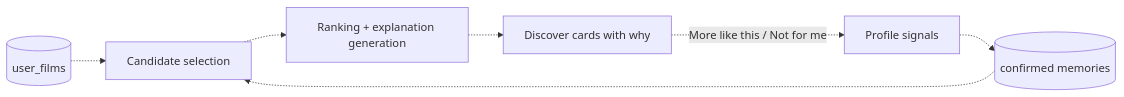
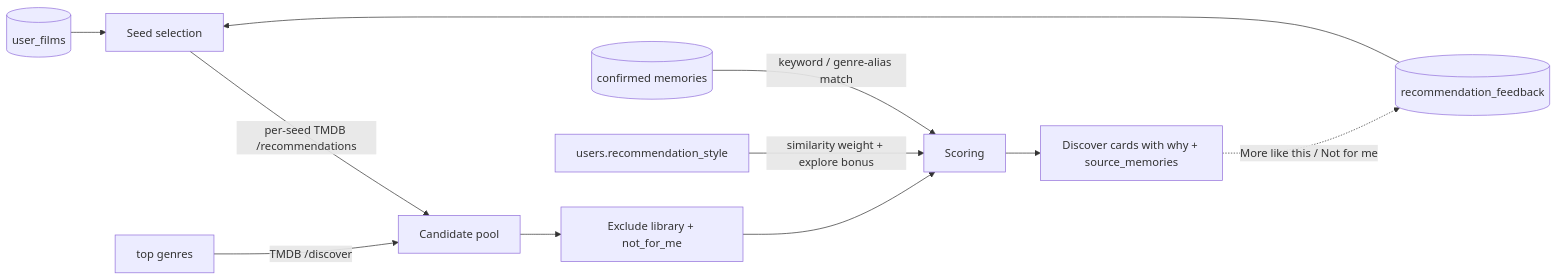
The seventh of 7 diagrams in docs/ARCHITECTURE.md (k4chow/FYP), drawn with Mermaid before and after one commit. The commit also changed other lines of this file and 25 other files, not shown here.

````diff
--- a/docs/ARCHITECTURE.md
+++ b/docs/ARCHITECTURE.md
@@ -229,9 +226,13 @@
 ```mermaid
 flowchart LR
-    F[(user_films)] -.-> S[Candidate selection]
-    M[(confirmed memories)] -.-> S
-    S -.-> R[Ranking + explanation generation]
-    R -.-> D[Discover cards with why]
-    D -.->|More like this / Not for me| P[Profile signals]
-    P -.-> M
+    F[(user_films)] --> S[Seed selection]
+    FB[(recommendation_feedback)] --> S
+    S -->|per-seed TMDB /recommendations| C[Candidate pool]
+    G[top genres] -->|TMDB /discover| C
+    C --> X[Exclude library + not_for_me]
+    M[(confirmed memories)] -->|keyword / genre-alias match| R[Scoring]
+    U[users.recommendation_style] -->|similarity weight + explore bonus| R
+    X --> R
+    R --> D[Discover cards with why + source_memories]
+    D -.->|More like this / Not for me| FB
 ```
````
